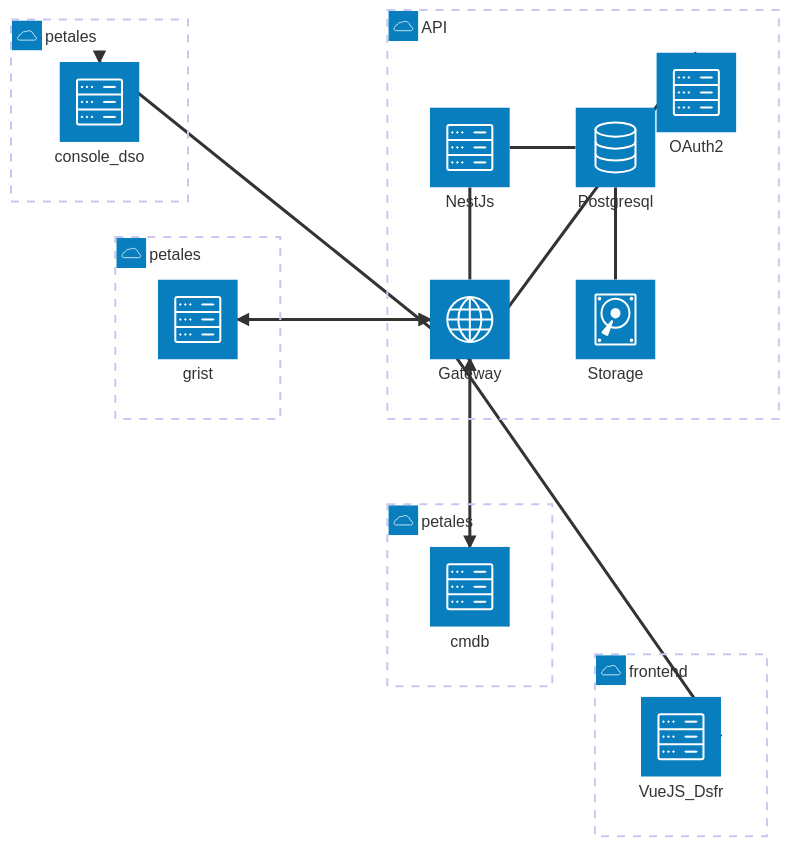
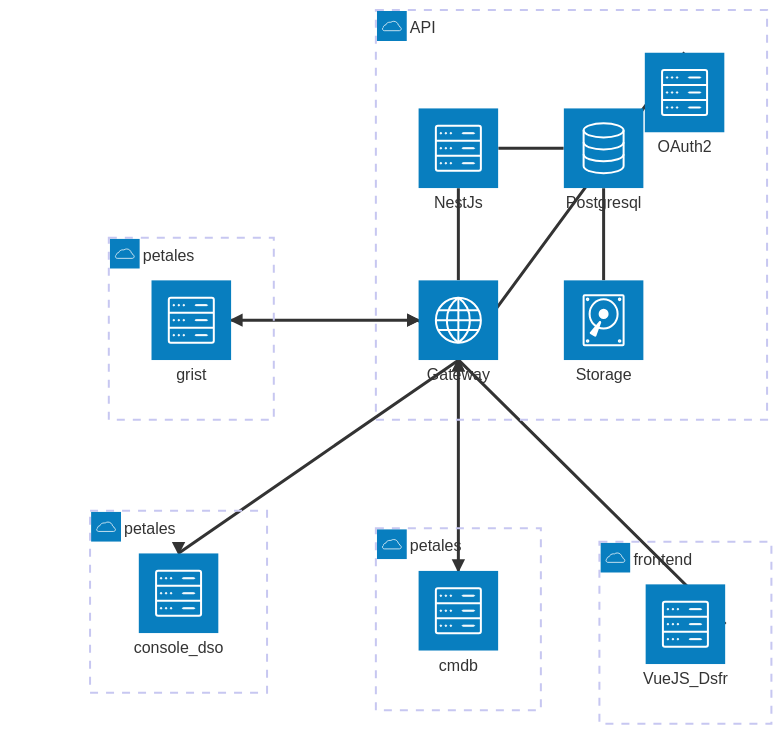
One commit to dnum-mi/referentiel-applications-slides changed the diagram in slides.md. Above: the diagram before and after it, drawn with Mermaid. The commit also changed other lines of this file, not shown here.

Commit message:
ajustement architecture logicielle

````diff
--- a/slides.md
+++ b/slides.md
@@ -269,53 +251,55 @@
 ```mermaid
 %%{
   init: {
     'theme': 'default',
     'themeVariables': {
       'primaryColor': '#BB2528',
       'primaryTextColor': '#fff',
       'primaryBorderColor': '#7C0000',
       'lineColor': '#F8B229',
       'secondaryColor': '#006100',
       'tertiaryColor': '#fff',
       'fontSize': 14px
     }
   }
 }%%
 architecture-beta
 
     group api(cloud)[API]
 
     service gateway(internet)[Gateway] in api
     service db(database)[Postgresql] in api
     service disk1(disk)[Storage] in api
     service backend(server)[NestJs] in api
     service authent(server)[OAuth2] in api
-
+    junction junctionCenter
+    junction junctionRight
+    
     gateway:B -- T:authent
     gateway:T -- B:backend
     db:L -- R:backend
     disk1:T -- B:db
 
     group frontend(cloud)[frontend]
 
      service front(server)[VueJS_Dsfr] in frontend 
      front:R --> L:gateway
 
     group tableur(cloud)[petales]
 
      service grist(server)[grist] in tableur 
      grist:R <--> L:gateway
 
     group consoledso(cloud)[petales]
 
      service console(server)[console_dso] in consoledso 
      console:T <--> B:gateway
 
     group cmdb_cloud(cloud)[petales]
 
       service cmdb(server)[cmdb] in cmdb_cloud
 
       cmdb:T <--> B:gateway
 
 
 ```
````
